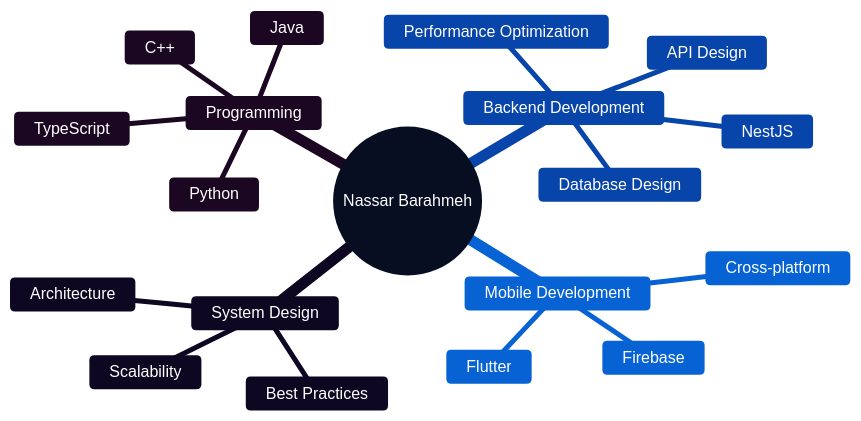
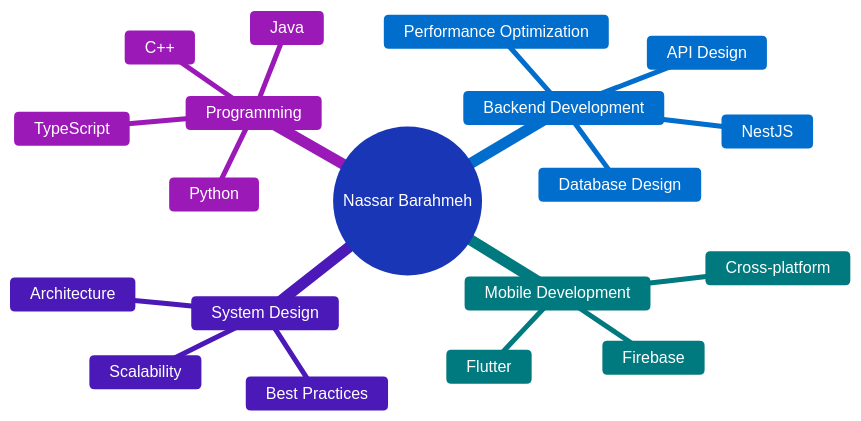
The diagram in README.md (NassarBarahme/NassarBarahme), drawn with Mermaid before and after one commit.

Commit message:
Change theme colors in mermaid diagram
Updated the theme variables in the mermaid diagram for core competencies.

````diff
--- a/README.md
+++ b/README.md
@@ -211,23 +211,23 @@
 ```mermaid
-%%{init: {'theme':'base', 'themeVariables': { 'primaryColor':'#1e3a8a', 'primaryTextColor':'#fff', 'primaryBorderColor':'#1e40af', 'lineColor':'#3b82f6', 'secondaryColor':'#3b82f6', 'tertiaryColor':'#60a5fa', 'background':'#f8fafc', 'mainBkg':'#1e3a8a', 'secondBkg':'#2563eb', 'tertiaryBkg':'#3b82f6', 'textColor':'#1e293b', 'fontSize':'16px'}}}%%
+%%{init: {'theme':'base', 'themeVariables': { 'primaryColor':'#667eea', 'primaryTextColor':'#fff', 'primaryBorderColor':'#764ba2', 'lineColor':'#f093fb', 'secondaryColor':'#4facfe', 'tertiaryColor':'#00f2fe', 'background':'#ffffff', 'mainBkg':'#667eea', 'secondBkg':'#764ba2', 'tertiaryBkg':'#f093fb', 'textColor':'#2d3748', 'fontSize':'16px'}}}%%
 mindmap
   root((Nassar Barahmeh))
     Backend Development
       API Design
       NestJS
       Database Design
       Performance Optimization
     Mobile Development
       Flutter
       Cross-platform
       Firebase
     System Design
       Scalability
       Architecture
       Best Practices
     Programming
       TypeScript
       Java
       Python
       C++
 ```
````
